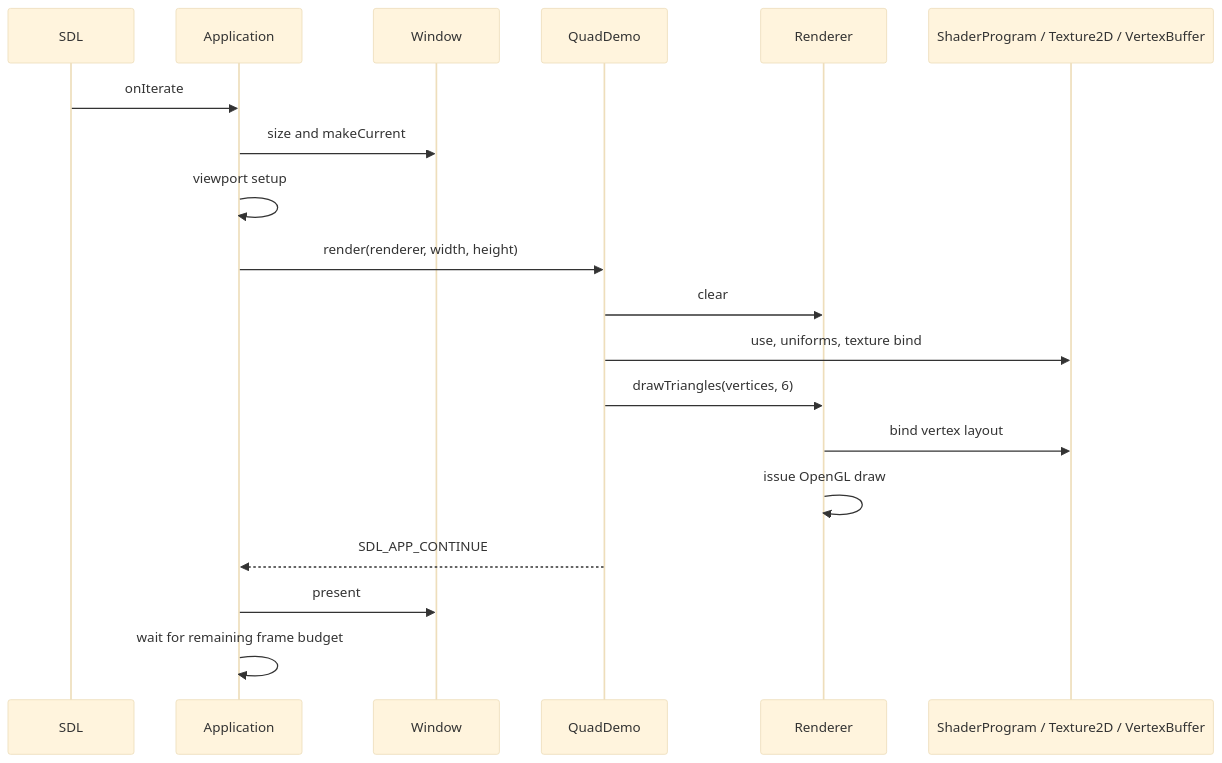
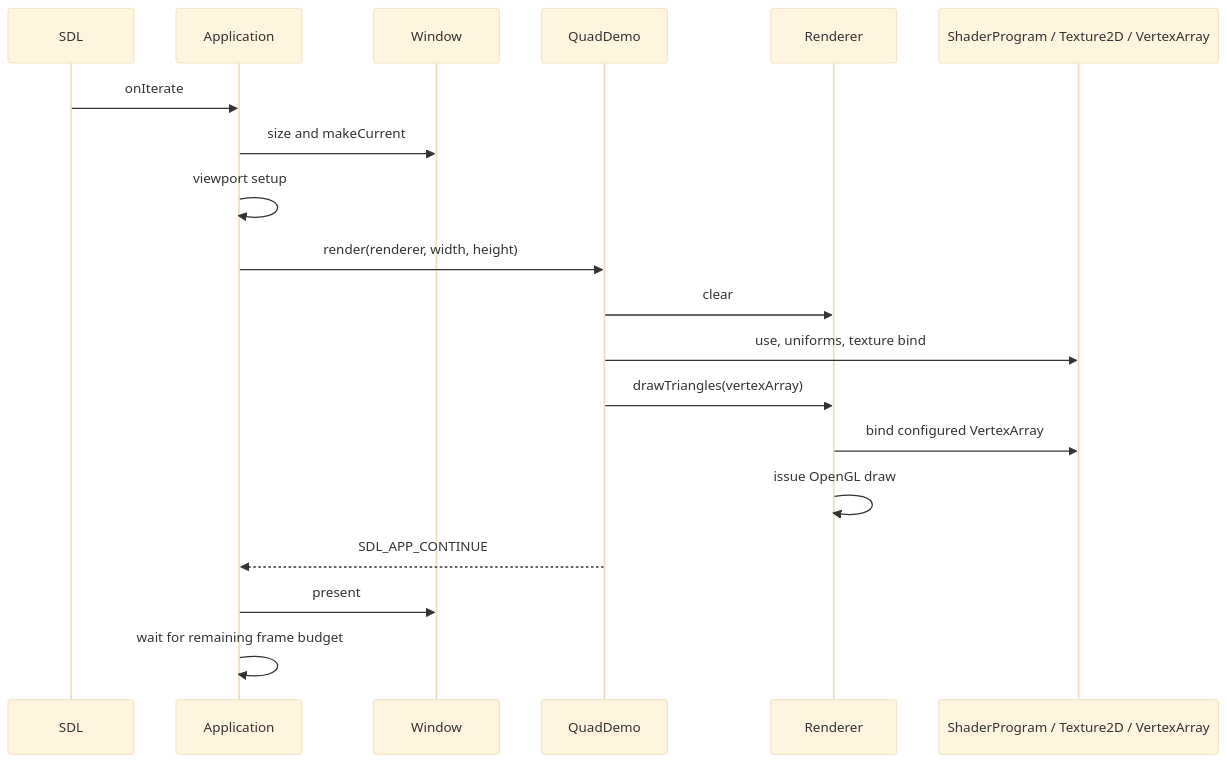
The first of 2 diagrams in docs/rendering-guide.md (vquanghuy/frostwind-engine), drawn with Mermaid (base theme) before and after one commit. The commit also changed other lines of this file and 20 other files, not shown here.

````diff
--- a/docs/rendering-guide.md
+++ b/docs/rendering-guide.md
@@ -26,21 +28,21 @@
 ```mermaid
 sequenceDiagram
     participant SDL
     participant App as Application
     participant Window
     participant Demo as QuadDemo
     participant Renderer
-    participant Resources as ShaderProgram / Texture2D / VertexBuffer
+    participant Resources as ShaderProgram / Texture2D / VertexArray
     SDL->>App: onIterate
     App->>Window: size and makeCurrent
     App->>App: viewport setup
     App->>Demo: render(renderer, width, height)
     Demo->>Renderer: clear
     Demo->>Resources: use, uniforms, texture bind
-    Demo->>Renderer: drawTriangles(vertices, 6)
-    Renderer->>Resources: bind vertex layout
+    Demo->>Renderer: drawTriangles(vertexArray)
+    Renderer->>Resources: bind configured VertexArray
     Renderer->>Renderer: issue OpenGL draw
     Demo-->>App: SDL_APP_CONTINUE
     App->>Window: present
     App->>App: wait for remaining frame budget
 ```
````
